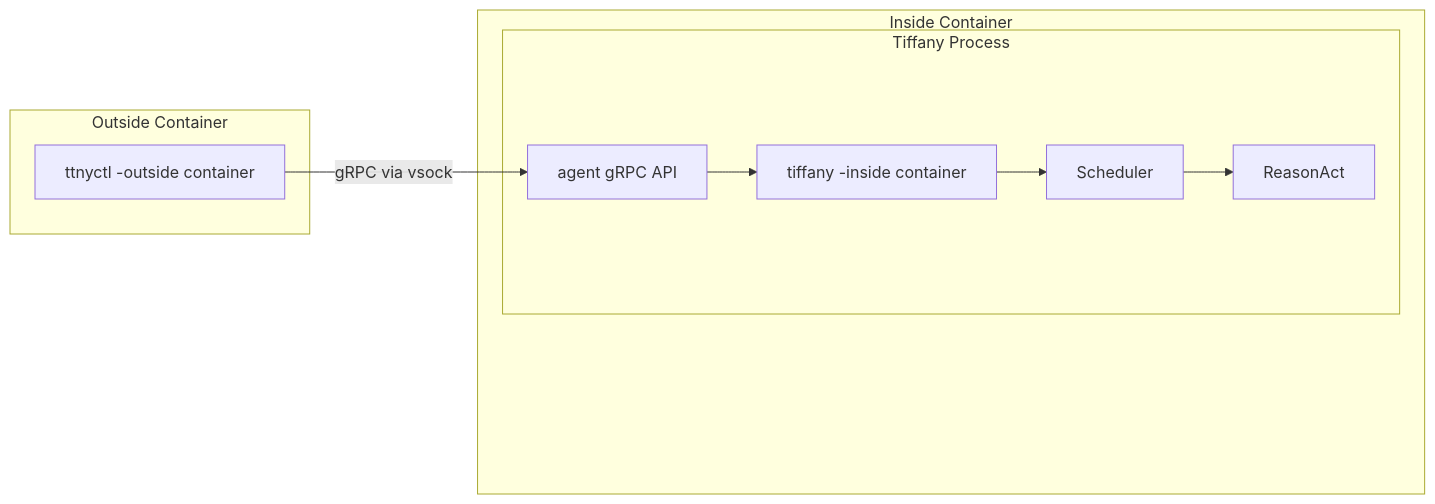
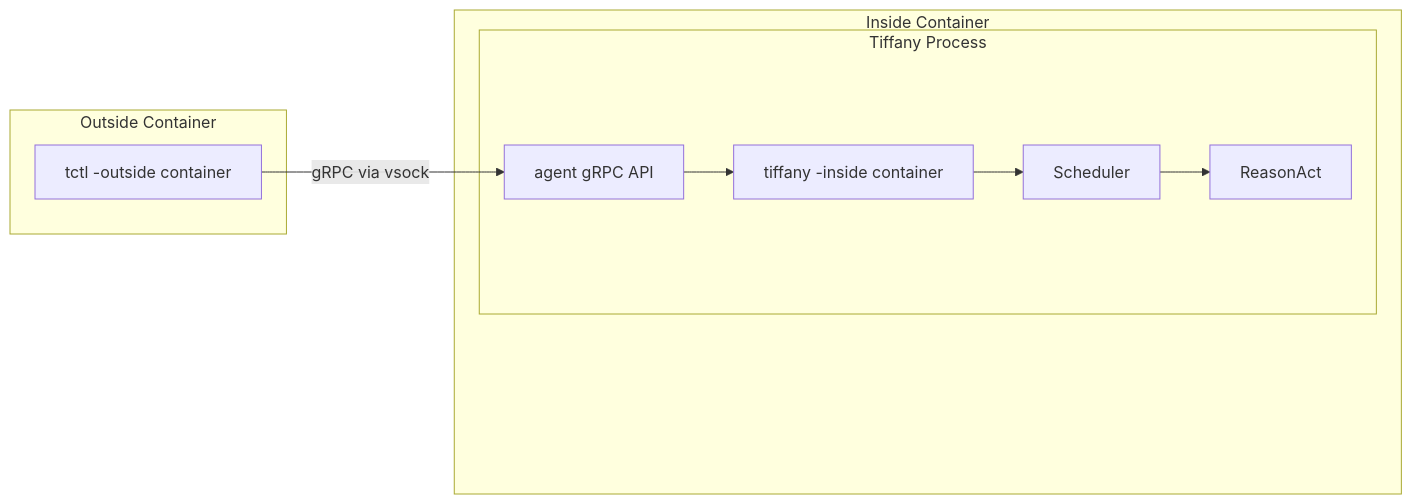
One commit to microscaler/tinkerbell changed the diagram in crates/cli/README.md. Above: the diagram before and after it, drawn with Mermaid. The commit also changed other lines of this file and 5 other files, not shown here.

`````diff
--- a/crates/cli/README.md
+++ b/crates/cli/README.md
@@ -21,25 +21,25 @@
 ```mermaid
 graph LR
   subgraph Outside Container
-    CLI[ttnyctl -outside container]
+    CLI[tctl -outside container]
   end
   subgraph Inside Container
     %% Padding between containers
     PAD_OUT[" "]:::pad
 
     subgraph Tiffany Process
         %% Add invisible nodes for padding
         PAD1[" "]:::pad
         API[agent gRPC API]
         Agent[tiffany -inside container]
         Scheduler
         ReasonAct
         PAD2[" "]:::pad
     end
     PAD_OUT2[" "]:::pad
     classDef pad fill:transparent,stroke:transparent;
   end
 
   CLI -- gRPC via vsock --> API --> Agent
   Agent --> Scheduler --> ReasonAct
 ````
`````
